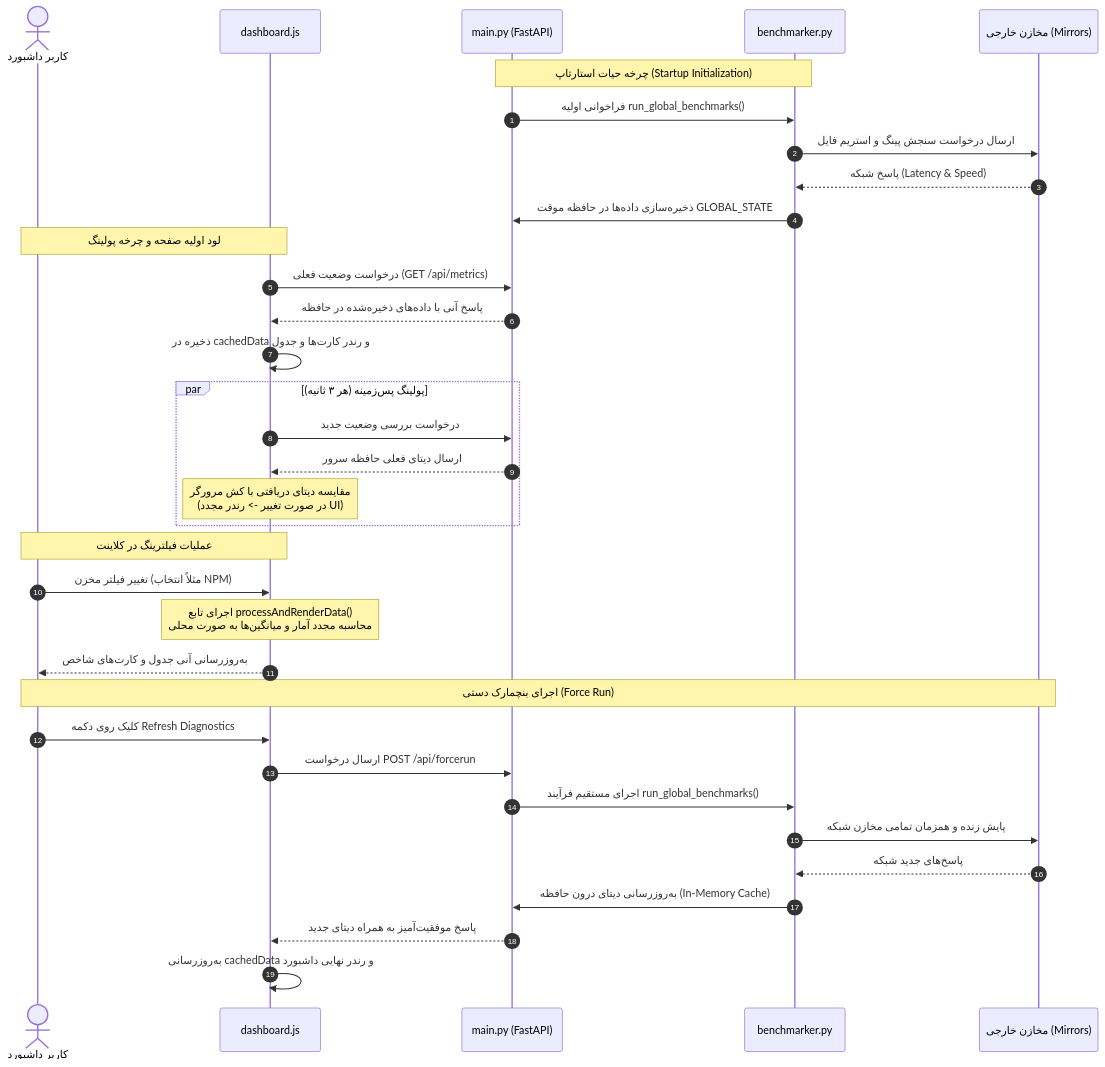
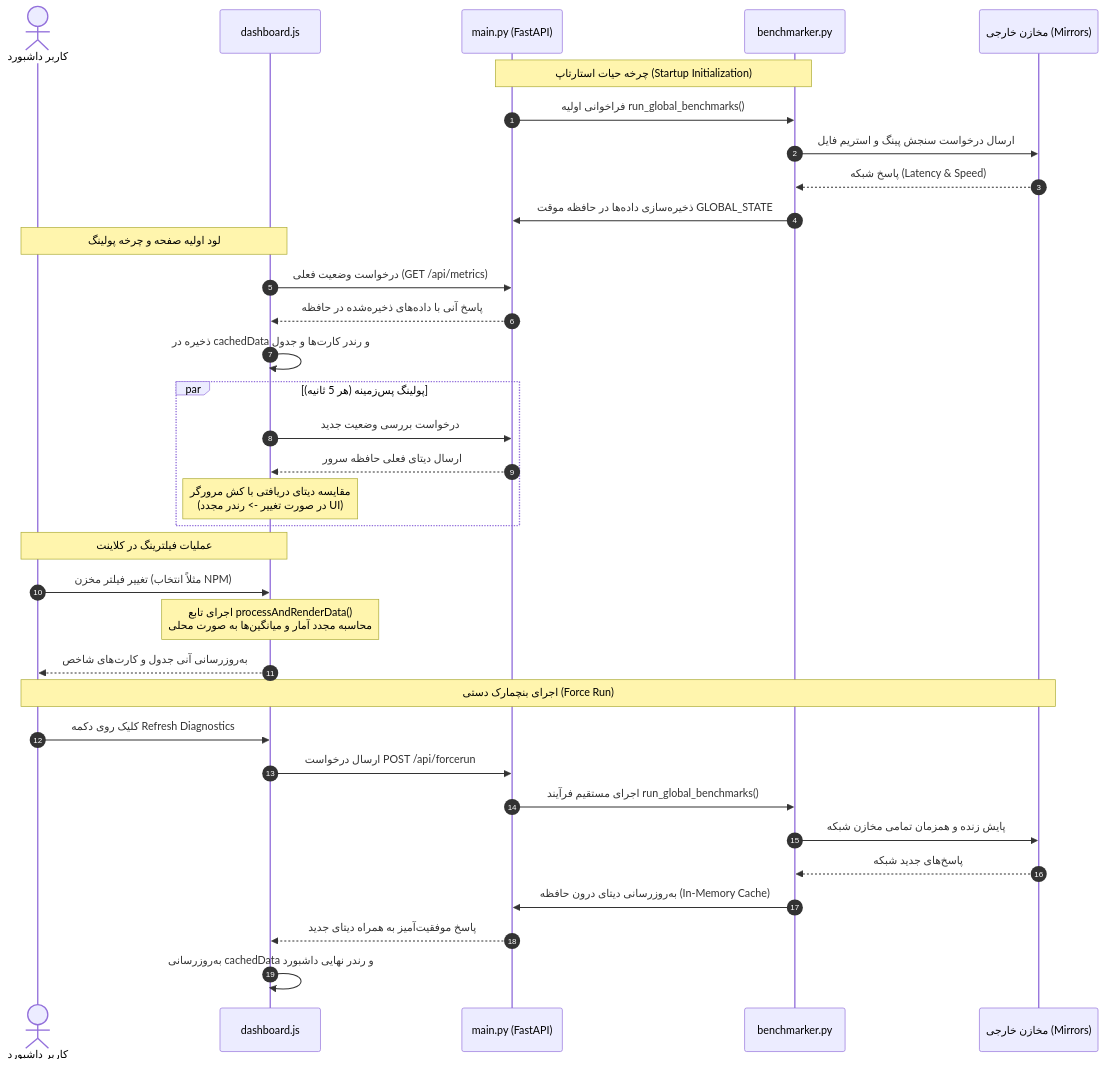
The second of 2 diagrams in Architecture.md (ssssssnnnn/SoftwareLab_Project), drawn with Mermaid before and after one commit.

````diff
--- a/Architecture.md
+++ b/Architecture.md
@@ -76,41 +76,41 @@
 ```mermaid
 sequenceDiagram
     autonumber
     actor User as کاربر داشبورد
     participant JS as dashboard.js
     participant API as main.py (FastAPI)
     participant BM as benchmarker.py
     participant Ext as مخازن خارجی (Mirrors)
 
     Note over API, BM: چرخه حیات استارتاپ (Startup Initialization)
     API->>BM: فراخوانی اولیه run_global_benchmarks()
     BM->>Ext: ارسال درخواست سنجش پینگ و استریم فایل
     Ext-->>BM: پاسخ شبکه (Latency & Speed)
     BM->>API: ذخیره‌سازی داده‌ها در حافظه موقت GLOBAL_STATE
 
     Note over User, JS: لود اولیه صفحه و چرخه پولینگ
     JS->>API: درخواست وضعیت فعلی (GET /api/metrics)
     API-->>JS: پاسخ آنی با داده‌های ذخیره‌شده در حافظه
     JS->>JS: ذخیره در cachedData و رندر کارت‌ها و جدول
 
-    par پولینگ پس‌زمینه (هر ۳ ثانیه)
+    par پولینگ پس‌زمینه (هر 5 ثانیه)
         JS->>API: درخواست بررسی وضعیت جدید
         API-->>JS: ارسال دیتای فعلی حافظه سرور
         Note over JS: مقایسه دیتای دریافتی با کش مرورگر<br/>(در صورت تغییر -> رندر مجدد UI)
     end
 
     Note over User, JS: عملیات فیلترینگ در کلاینت
     User->>JS: تغییر فیلتر مخزن (مثلاً انتخاب NPM)
     Note over JS: اجرای تابع processAndRenderData()<br/>محاسبه مجدد آمار و میانگین‌ها به صورت محلی
     JS-->>User: به‌روزرسانی آنی جدول و کارت‌های شاخص
 
     Note over User, Ext: اجرای بنچمارک دستی (Force Run)
     User->>JS: کلیک روی دکمه Refresh Diagnostics
     JS->>API: ارسال درخواست POST /api/forcerun
     API->>BM: اجرای مستقیم فرآیند run_global_benchmarks()
     BM->>Ext: پایش زنده و همزمان تمامی مخازن شبکه
     Ext-->>BM: پاسخ‌های جدید شبکه
     BM->>API: به‌روزرسانی دیتای درون حافظه (In-Memory Cache)
     API-->>JS: پاسخ موفقیت‌آمیز به همراه دیتای جدید
     JS->>JS: به‌روزرسانی cachedData و رندر نهایی داشبورد
 ```
````
